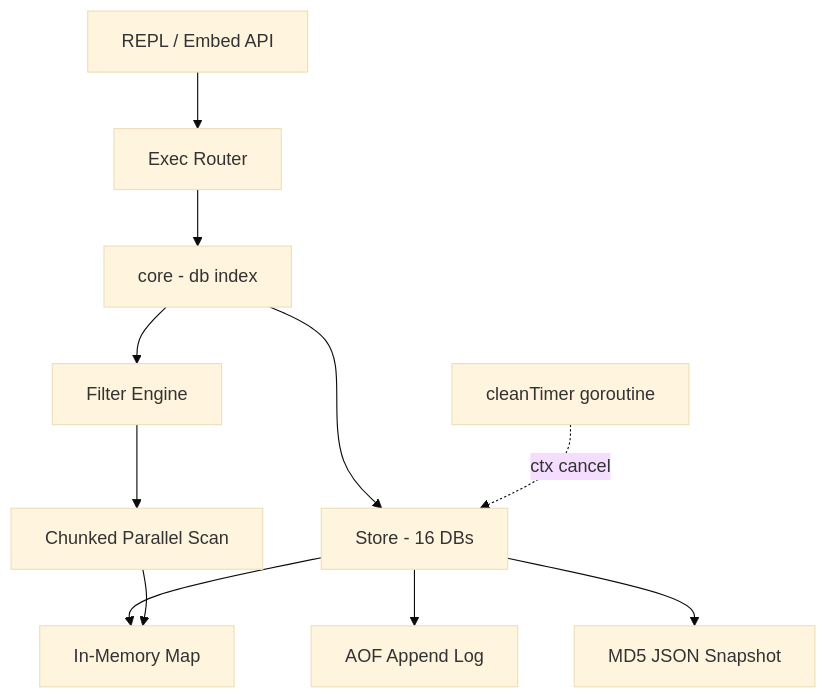
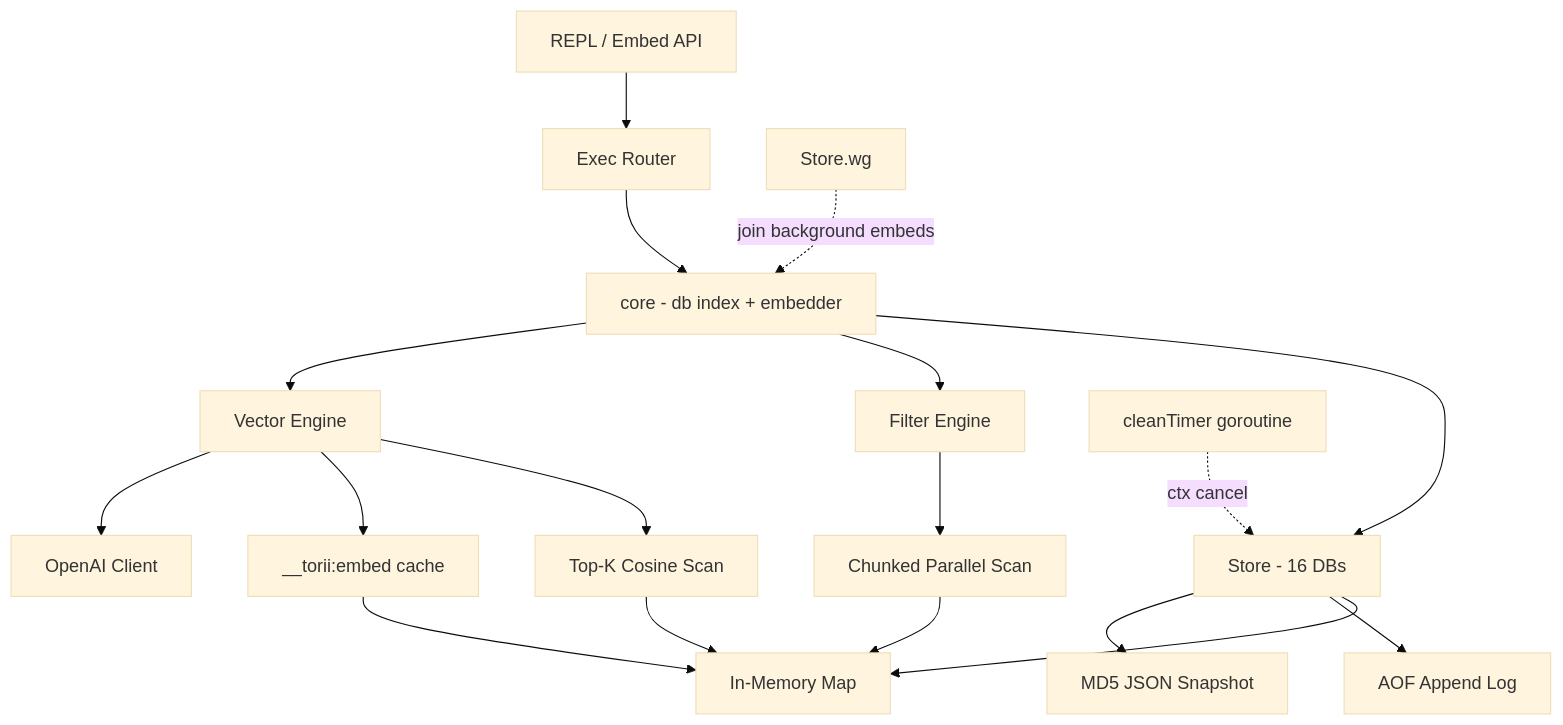
One commit to pardnchiu/ToriiDB changed the first of 12 diagrams in doc/architecture.md. Above: the diagram before and after it, drawn with Mermaid (base theme). The commit also changed other lines of this file and 5 other files, not shown here.

Commit message:
release: v0.5.0 Add semantic vector search backed by OpenAI embeddings.

````diff
--- a/doc/architecture.md
+++ b/doc/architecture.md
@@ -7,16 +7,24 @@
 ```mermaid
 graph TB
     Client[REPL / Embed API] --> Exec[Exec Router]
-    Exec --> Core[core - db index]
+    Exec --> Core[core - db index + embedder]
     Core --> Store[Store - 16 DBs]
     Core --> Filter[Filter Engine]
+    Core --> Vector[Vector Engine]
 
     Store --> Memory[In-Memory Map]
     Store --> AOF[AOF Append Log]
     Store --> Snapshot[MD5 JSON Snapshot]
 
     Filter --> Scan[Chunked Parallel Scan]
     Scan --> Memory
 
+    Vector --> TopK[Top-K Cosine Scan]
+    Vector --> EmbedCache[__torii:embed cache]
+    Vector --> OpenAI[OpenAI Client]
+    TopK --> Memory
+    EmbedCache --> Memory
+
     BG[cleanTimer goroutine] -. ctx cancel .-> Store
+    WG[Store.wg] -. join background embeds .-> Core
 ```
````
